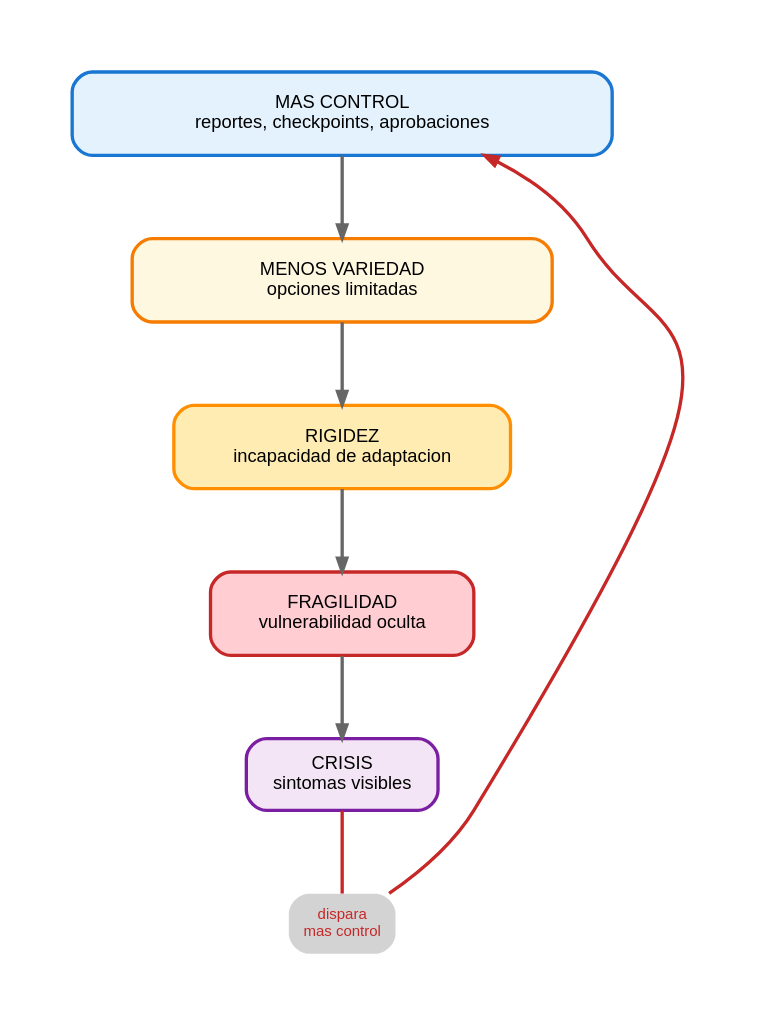
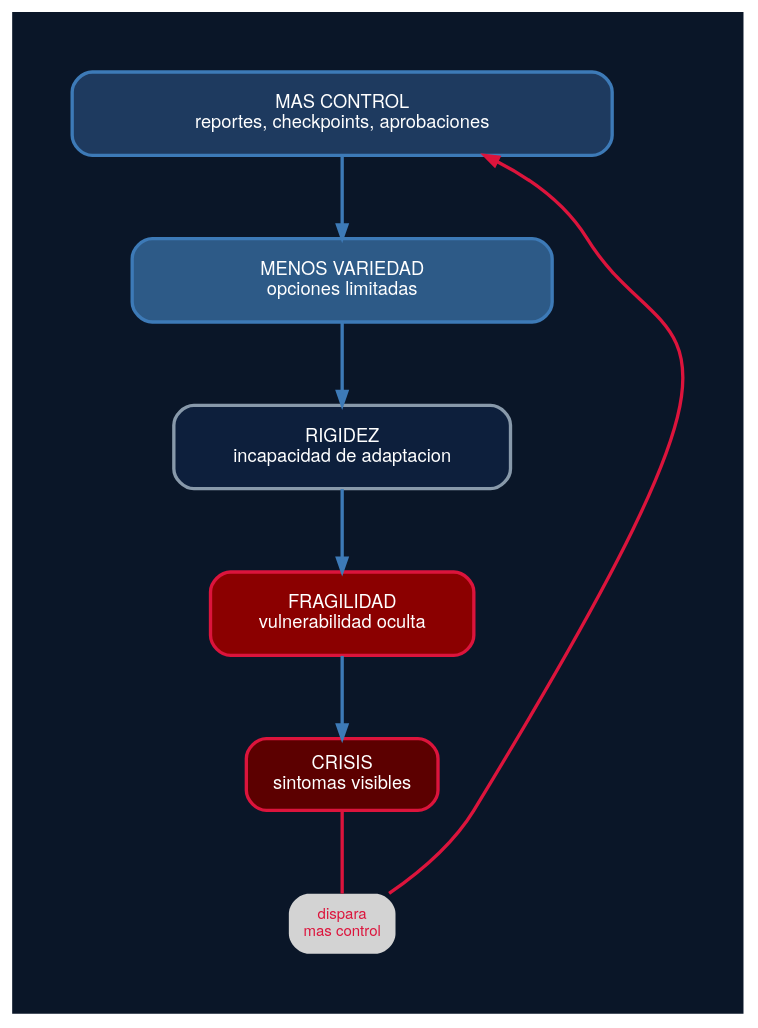
The diagram in assets/diagrams/B2-paradoja-control.dot (gonzalezulises/mas-control-mas-caos), drawn with Graphviz before and after one commit. The commit also changed 11 other files, not shown here.

First line of the commit message:
Update all diagrams to match cover color palette

```diff
--- a/assets/diagrams/B2-paradoja-control.dot
+++ b/assets/diagrams/B2-paradoja-control.dot
@@ -1,55 +1,56 @@
 digraph ParadojaControlEmbudo {
     // Layout
     layout=dot;
     rankdir=TB;
-    bgcolor="white";
+    bgcolor="#0a1628";
     pad=0.5;
     nodesep=0.6;
     ranksep=0.7;
 
-    // Estilo global
+    // Estilo global - paleta portada
     node [
         shape=box,
         style="rounded,filled",
-        fontname="Arial",
+        fontname="Helvetica Neue",
         fontsize=11,
+        fontcolor="#ffffff",
         penwidth=2
     ];
 
     edge [
         penwidth=2,
-        color="#666666",
+        color="#3d7ab7",
         arrowsize=0.8
     ];
 
     // Nivel 1 - Mas ancho (control)
     A [label="MAS CONTROL\nreportes, checkpoints, aprobaciones",
-       fillcolor="#e3f2fd", color="#1976d2", width=4.5, height=0.7];
+       fillcolor="#1e3a5f", color="#3d7ab7", width=4.5, height=0.7];
 
     // Nivel 2
     B [label="MENOS VARIEDAD\nopciones limitadas",
-       fillcolor="#fff8e1", color="#f57c00", width=3.5, height=0.7];
+       fillcolor="#2d5a87", color="#3d7ab7", width=3.5, height=0.7];
 
     // Nivel 3
     C [label="RIGIDEZ\nincapacidad de adaptacion",
-       fillcolor="#ffecb3", color="#ff8f00", width=2.8, height=0.7];
+       fillcolor="#0d1f3c", color="#8899aa", width=2.8, height=0.7];
 
     // Nivel 4 - Mas estrecho
     D [label="FRAGILIDAD\nvulnerabilidad oculta",
-       fillcolor="#ffcdd2", color="#c62828", width=2.2, height=0.7];
+       fillcolor="#8b0000", color="#dc143c", width=2.2, height=0.7];
 
     // Nivel 5 - Punto critico
     E [label="CRISIS\nsintomas visibles",
-       fillcolor="#f3e5f5", color="#7b1fa2", width=1.6, height=0.6];
+       fillcolor="#5c0000", color="#dc143c", width=1.6, height=0.6];
 
     // Conexiones descendentes
     A -> B;
     B -> C;
     C -> D;
     D -> E;
 
     // Flecha de retorno (el ciclo)
-    feedback [label="dispara\nmas control", shape=plaintext, fontsize=9, fontcolor="#c62828"];
-    E -> feedback [color="#c62828", style=bold, arrowhead=none];
-    feedback -> A [color="#c62828", style=bold, constraint=false];
+    feedback [label="dispara\nmas control", shape=plaintext, fontsize=9, fontcolor="#dc143c"];
+    E -> feedback [color="#dc143c", style=bold, arrowhead=none];
+    feedback -> A [color="#dc143c", style=bold, constraint=false];
 }
```
